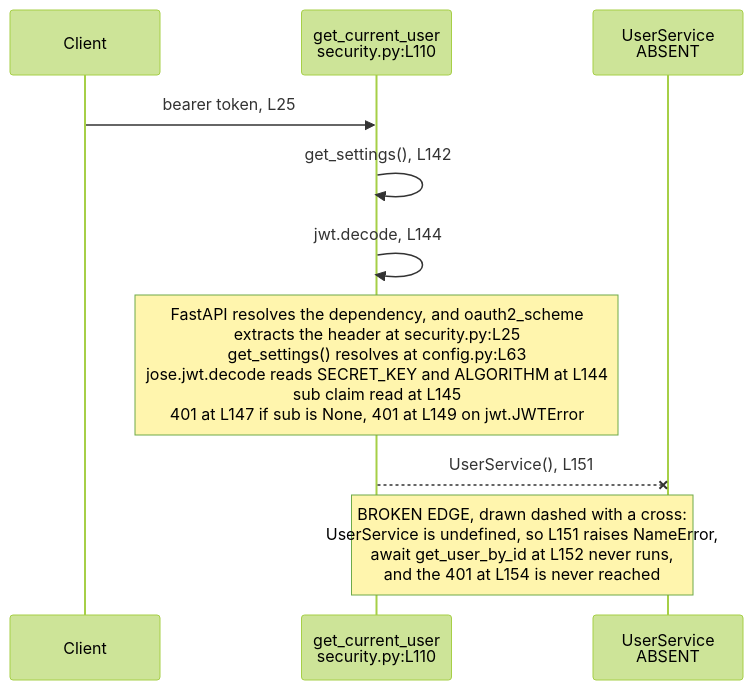
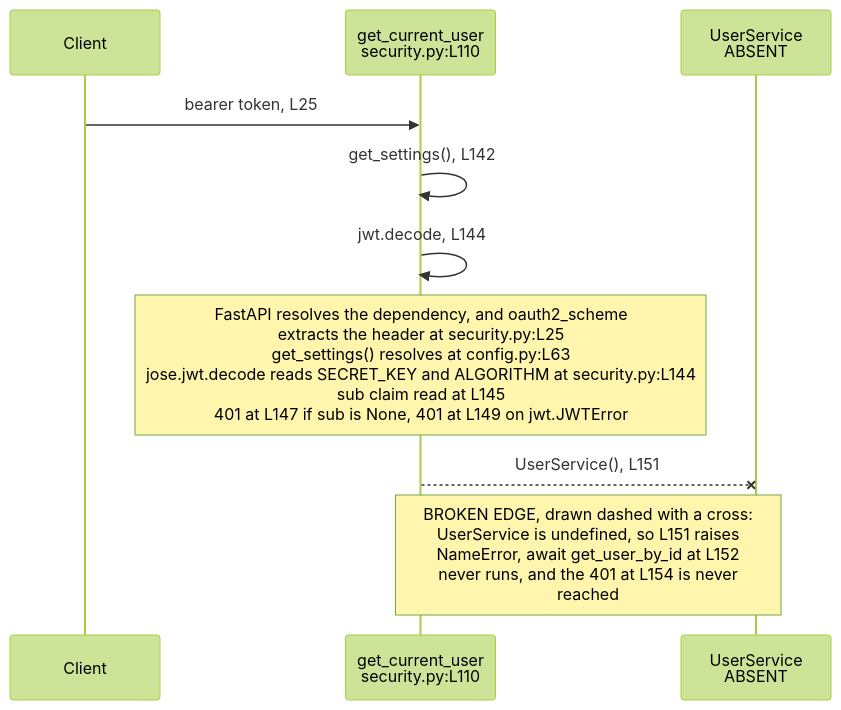
One commit to blitzy-public-samples/microsoft-word-u33ko0 changed the diagram in backend/app/core/README.md. Above: the diagram before and after it, drawn with Mermaid (forest theme). The commit also changed other lines of this file and 25 other files, not shown here.

````diff
--- a/backend/app/core/README.md
+++ b/backend/app/core/README.md
@@ -189,15 +189,15 @@
 ```mermaid
 sequenceDiagram
     accTitle: The dependency chain from the bearer scheme to the absent UserService
     accDescr: A request carries a bearer token into get_current_user, which reads settings, decodes the token and then constructs UserService. UserService is undefined, so the chain raises NameError before it can return a user or reach its 401.
     participant C as Client
     participant GCU as get_current_user<br/>security.py:L110
     participant US as UserService<br/>ABSENT
 
     C->>GCU: bearer token, L25
     GCU->>GCU: get_settings(), L142
     GCU->>GCU: jwt.decode, L144
-    Note over GCU: FastAPI resolves the dependency, and oauth2_scheme<br/>extracts the header at security.py:L25<br/>get_settings() resolves at config.py:L63<br/>jose.jwt.decode reads SECRET_KEY and ALGORITHM at L144<br/>sub claim read at L145<br/>401 at L147 if sub is None, 401 at L149 on jwt.JWTError
+    Note over GCU: FastAPI resolves the dependency, and oauth2_scheme<br/>extracts the header at security.py:L25<br/>get_settings() resolves at config.py:L63<br/>jose.jwt.decode reads SECRET_KEY and ALGORITHM at security.py:L144<br/>sub claim read at L145<br/>401 at L147 if sub is None, 401 at L149 on jwt.JWTError
     GCU--xUS: UserService(), L151
-    Note over GCU,US: BROKEN EDGE, drawn dashed with a cross:<br/>UserService is undefined, so L151 raises NameError,<br/>await get_user_by_id at L152 never runs,<br/>and the 401 at L154 is never reached
+    Note over GCU,US: BROKEN EDGE, drawn dashed with a cross:<br/>UserService is undefined, so L151 raises<br/>NameError, await get_user_by_id at L152<br/>never runs, and the 401 at L154 is never<br/>reached
 ```
````
